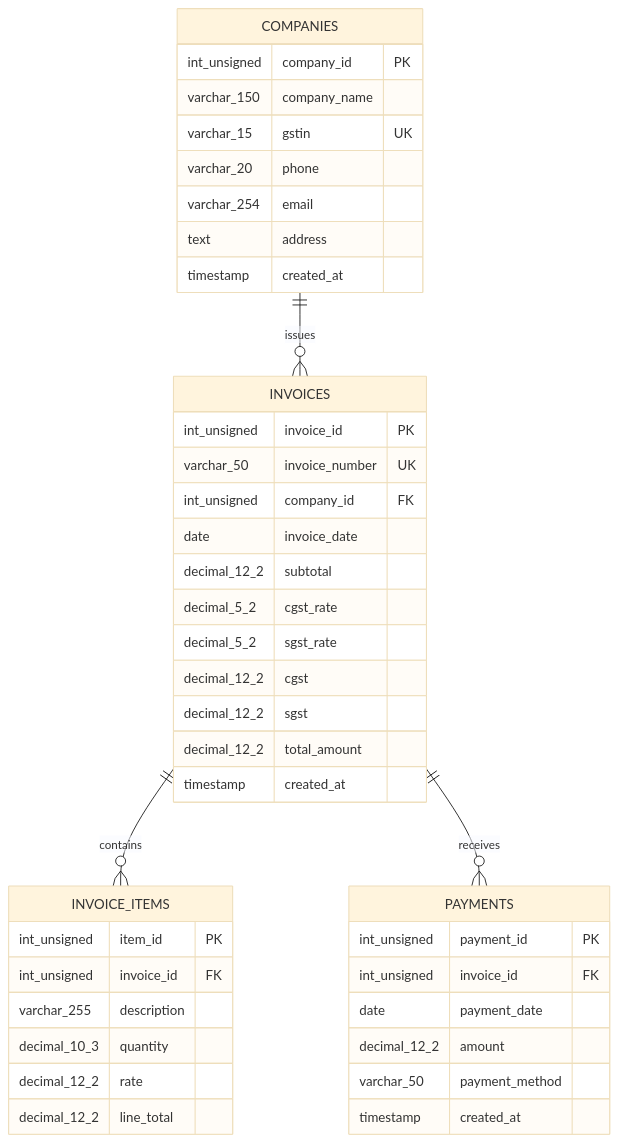
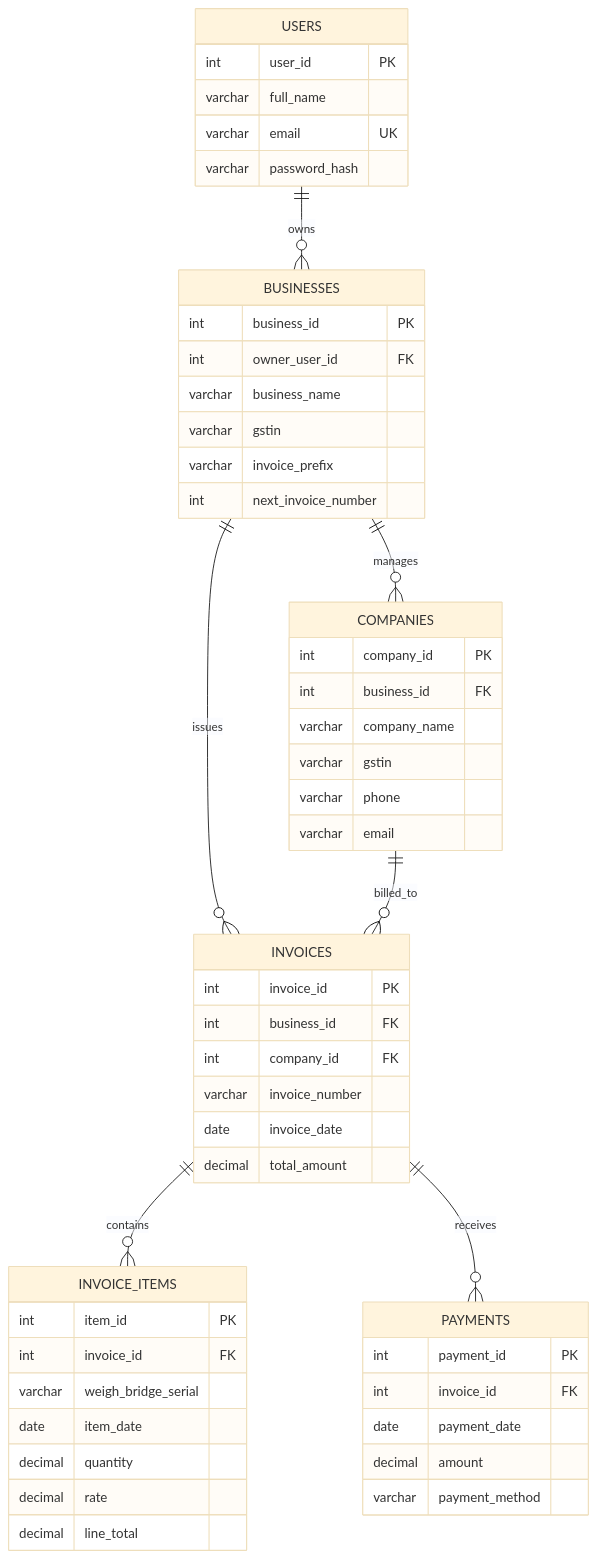
One commit to khushboobanjara2005-collab/billing-sales-system changed the diagram in docs/er-diagram.md. Above: the diagram before and after it, drawn with Mermaid (base theme). The commit also changed other lines of this file and 54 other files, not shown here.

Commit message:
Add multi-business authentication and invoices

````diff
--- a/docs/er-diagram.md
+++ b/docs/er-diagram.md
@@ -8,45 +8,55 @@
 ```mermaid
 erDiagram
-    COMPANIES ||--o{ INVOICES : issues
+    USERS ||--o{ BUSINESSES : owns
+    BUSINESSES ||--o{ COMPANIES : manages
+    BUSINESSES ||--o{ INVOICES : issues
+    COMPANIES ||--o{ INVOICES : billed_to
     INVOICES ||--o{ INVOICE_ITEMS : contains
     INVOICES ||--o{ PAYMENTS : receives
-
+    USERS {
+        int user_id PK
+        varchar full_name
+        varchar email UK
+        varchar password_hash
+    }
+    BUSINESSES {
+        int business_id PK
+        int owner_user_id FK
+        varchar business_name
+        varchar gstin
+        varchar invoice_prefix
+        int next_invoice_number
+    }
     COMPANIES {
-        int_unsigned company_id PK
-        varchar_150 company_name
-        varchar_15 gstin UK
-        varchar_20 phone
-        varchar_254 email
-        text address
-        timestamp created_at
+        int company_id PK
+        int business_id FK
+        varchar company_name
+        varchar gstin
+        varchar phone
+        varchar email
     }
     INVOICES {
-        int_unsigned invoice_id PK
-        varchar_50 invoice_number UK
-        int_unsigned company_id FK
+        int invoice_id PK
+        int business_id FK
+        int company_id FK
+        varchar invoice_number
         date invoice_date
-        decimal_12_2 subtotal
-        decimal_5_2 cgst_rate
-        decimal_5_2 sgst_rate
-        decimal_12_2 cgst
-        decimal_12_2 sgst
-        decimal_12_2 total_amount
-        timestamp created_at
+        decimal total_amount
     }
     INVOICE_ITEMS {
-        int_unsigned item_id PK
-        int_unsigned invoice_id FK
-        varchar_255 description
-        decimal_10_3 quantity
-        decimal_12_2 rate
-        decimal_12_2 line_total
+        int item_id PK
+        int invoice_id FK
+        varchar weigh_bridge_serial
+        date item_date
+        decimal quantity
+        decimal rate
+        decimal line_total
     }
     PAYMENTS {
-        int_unsigned payment_id PK
-        int_unsigned invoice_id FK
+        int payment_id PK
+        int invoice_id FK
         date payment_date
-        decimal_12_2 amount
-        varchar_50 payment_method
-        timestamp created_at
+        decimal amount
+        varchar payment_method
     }
 ```
````
